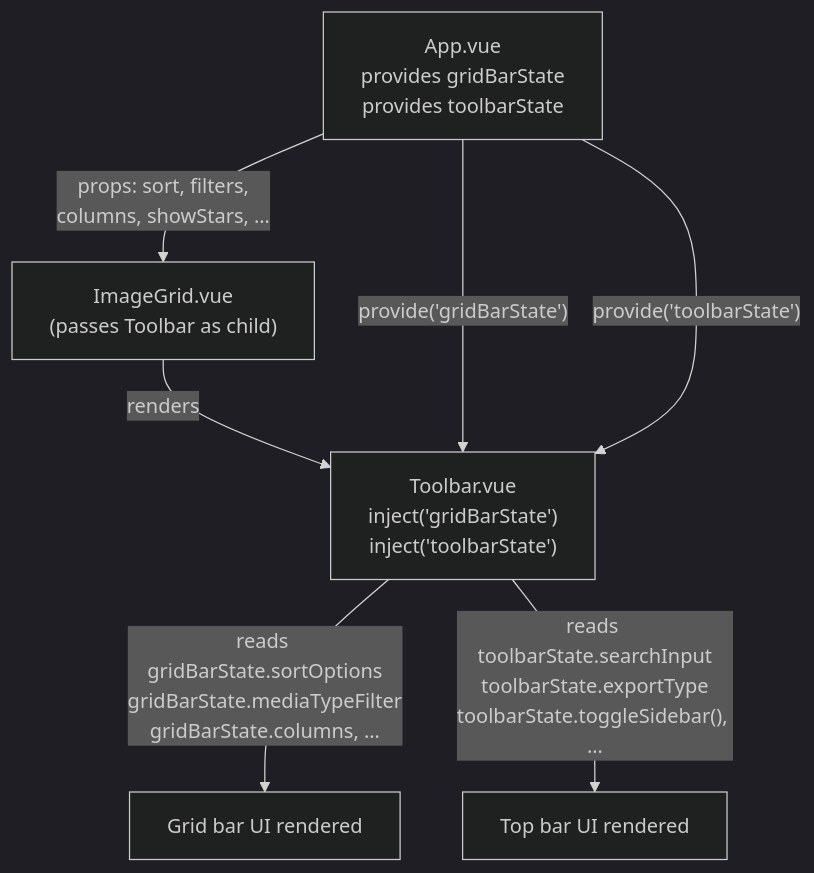
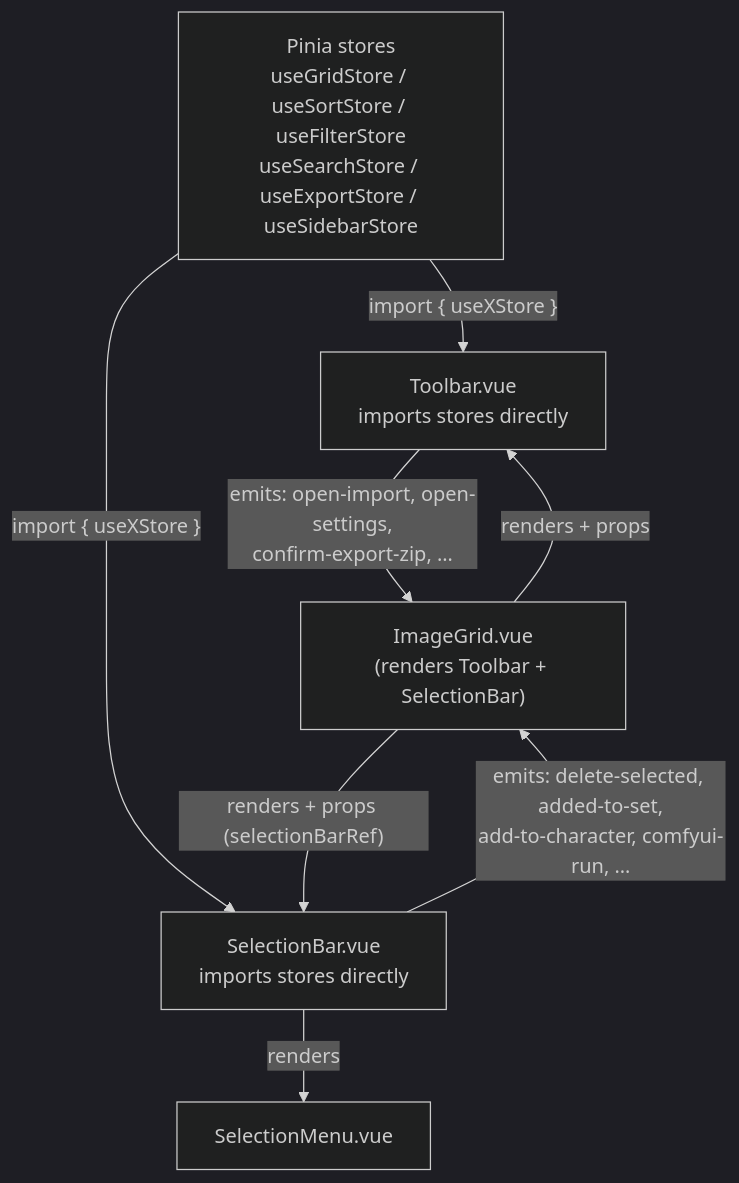
Before and after one commit to Pikselkroken/pixlstash: the fifth of 5 diagrams in docs/frontend_architecture.md, drawn with Mermaid (dark theme). The commit also changed other lines of this file and 4 other files, not shown here.

Commit message:
Fix update banner state, title bar button and sidebar timer cleanup

````diff
--- a/docs/frontend_architecture.md
+++ b/docs/frontend_architecture.md
@@ -864,14 +916,16 @@
 ```mermaid
 flowchart TD
-    App["App.vue<br/>provides gridBarState<br/>provides toolbarState"]
-    ImageGrid["ImageGrid.vue<br/>(passes Toolbar as child)"]
-    Toolbar["Toolbar.vue<br/>inject('gridBarState')<br/>inject('toolbarState')"]
+    Stores["Pinia stores<br/>useGridStore / useSortStore / useFilterStore<br/>useSearchStore / useExportStore / useSidebarStore"]
+    ImageGrid["ImageGrid.vue<br/>(renders Toolbar + SelectionBar)"]
+    Toolbar["Toolbar.vue<br/>imports stores directly"]
+    SelectionBar["SelectionBar.vue<br/>imports stores directly"]
+    SelectionMenu["SelectionMenu.vue"]
 
-    App -- "props: sort, filters,<br/>columns, showStars, …" --> ImageGrid
-    ImageGrid -- "renders" --> Toolbar
-    App -- "provide('gridBarState')" --> Toolbar
-    App -- "provide('toolbarState')" --> Toolbar
-
-    Toolbar -- "reads gridBarState.sortOptions<br/>gridBarState.mediaTypeFilter<br/>gridBarState.columns, …" --> GridBarUI["Grid bar UI rendered"]
-    Toolbar -- "reads toolbarState.searchInput<br/>toolbarState.exportType<br/>toolbarState.toggleSidebar(), …" --> TopBarUI["Top bar UI rendered"]
+    Stores -- "import { useXStore }" --> Toolbar
+    Stores -- "import { useXStore }" --> SelectionBar
+    ImageGrid -- "renders + props" --> Toolbar
+    ImageGrid -- "renders + props (selectionBarRef)" --> SelectionBar
+    SelectionBar -- "renders" --> SelectionMenu
+    Toolbar -- "emits: open-import, open-settings,<br/>confirm-export-zip, …" --> ImageGrid
+    SelectionBar -- "emits: delete-selected, added-to-set,<br/>add-to-character, comfyui-run, …" --> ImageGrid
 ```
````
